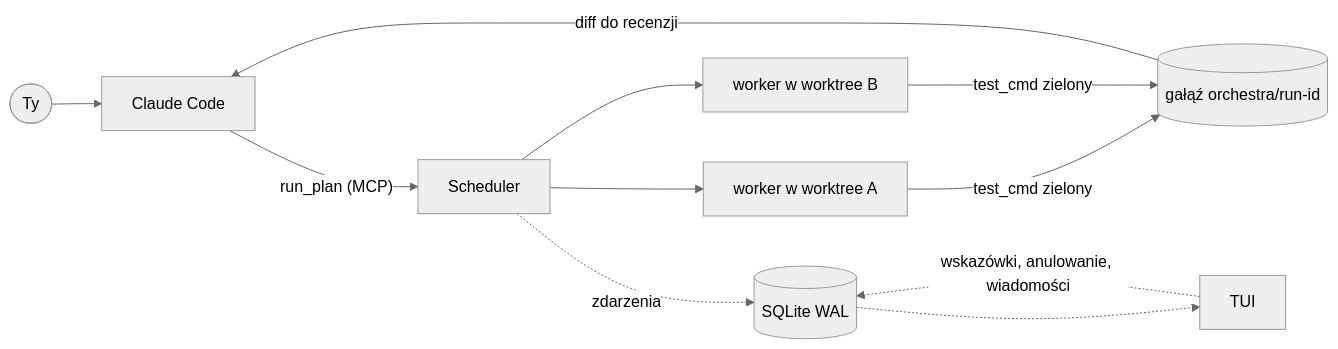
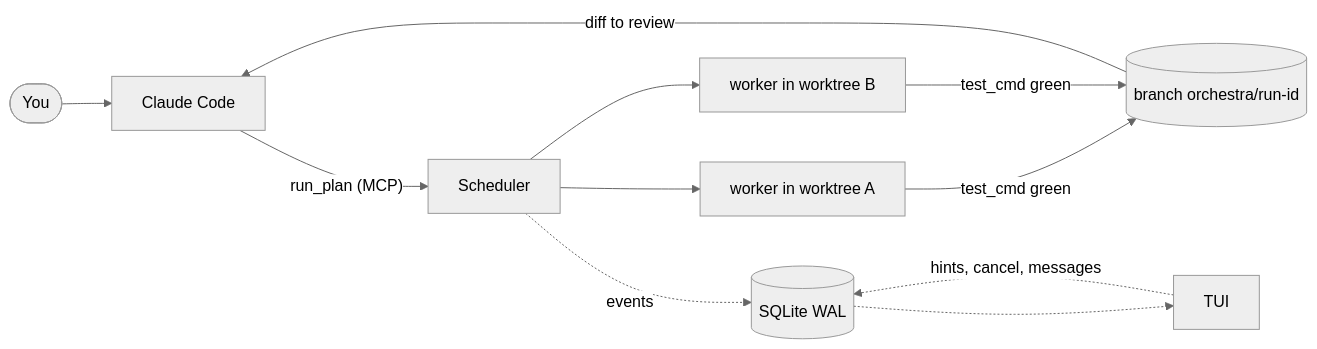
Before and after one commit to GrzegorzSzczepanek/agent-orchestra: the diagram in README.md, drawn with Mermaid (neutral theme). The commit also changed other lines of this file and 4 other files, not shown here.

````diff
--- a/README.md
+++ b/README.md
@@ -18,13 +22,13 @@
 ```mermaid
 flowchart LR
-    U([Ty]) --> C[Claude Code]
+    U([You]) --> C[Claude Code]
     C -- "run_plan (MCP)" --> S[Scheduler]
-    S --> W1[worker w worktree A]
-    S --> W2[worker w worktree B]
-    W1 -- "test_cmd zielony" --> I[(gałąź orchestra/run-id)]
-    W2 -- "test_cmd zielony" --> I
-    I -- "diff do recenzji" --> C
-    S -. zdarzenia .-> DB[(SQLite WAL)]
+    S --> W1[worker in worktree A]
+    S --> W2[worker in worktree B]
+    W1 -- "test_cmd green" --> I[(branch orchestra/run-id)]
+    W2 -- "test_cmd green" --> I
+    I -- "diff to review" --> C
+    S -. events .-> DB[(SQLite WAL)]
     DB -.-> T[TUI]
-    T -. "wskazówki, anulowanie, wiadomości" .-> DB
+    T -. "hints, cancel, messages" .-> DB
 ```
````
